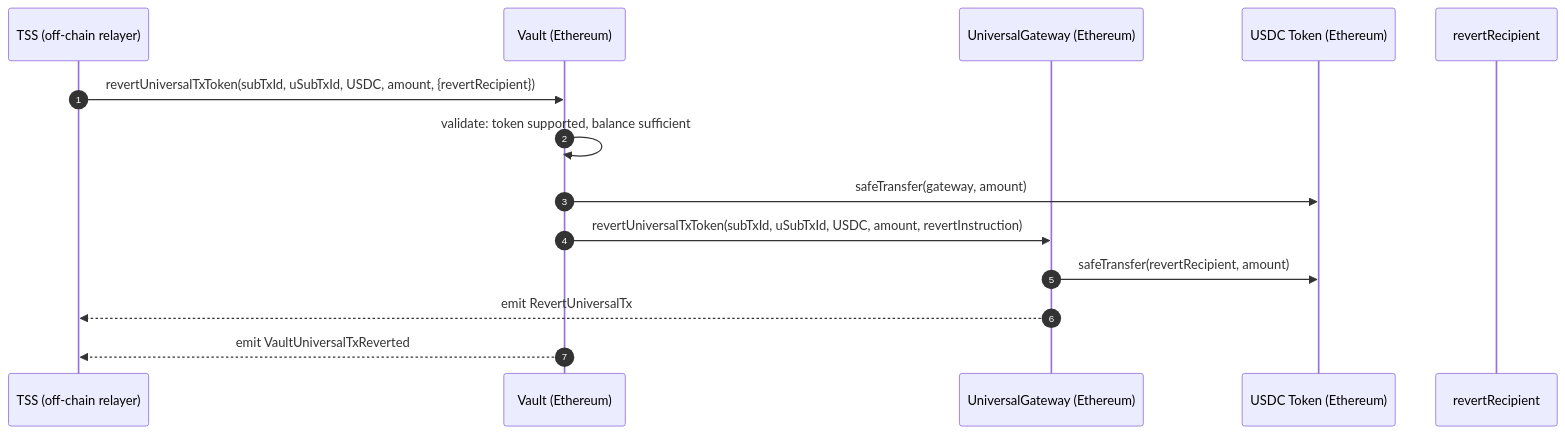
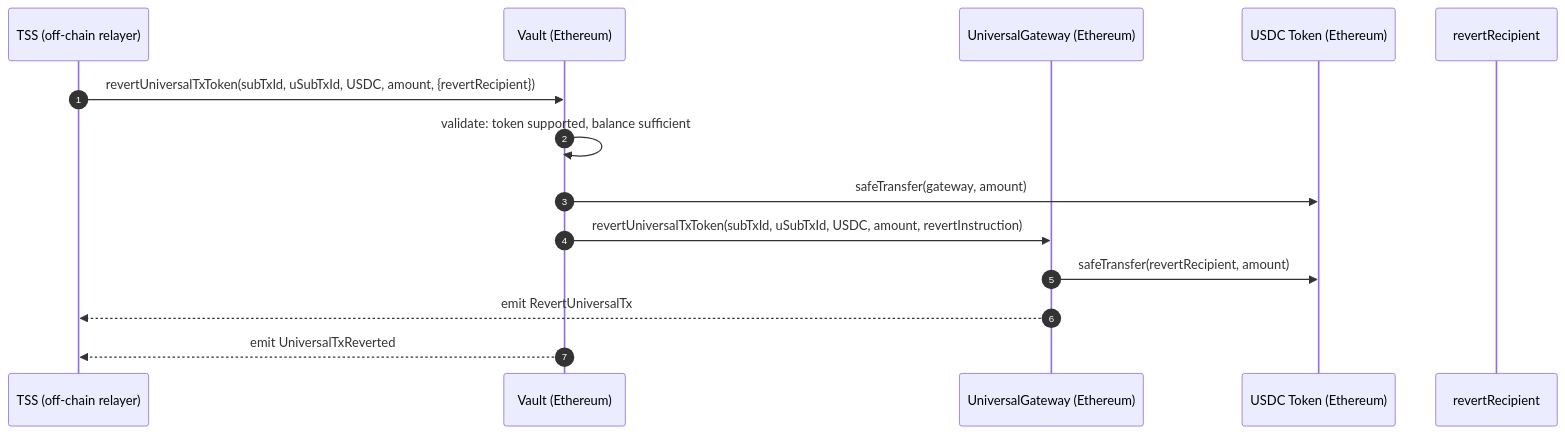
One commit to pushchain/push-chain-gateway-contracts changed diagram 11 of 13 in contracts/evm-gateway/docs/4_OutboundTx_Flows.md. Above: the diagram before and after it, drawn with Mermaid. The commit also changed other lines of this file and 6 other files, not shown here.

````diff
--- a/contracts/evm-gateway/docs/4_OutboundTx_Flows.md
+++ b/contracts/evm-gateway/docs/4_OutboundTx_Flows.md
@@ -894,17 +894,17 @@
 ```mermaid
 sequenceDiagram
     autonumber
     participant TSS as TSS (off-chain relayer)
     participant V as Vault (Ethereum)
     participant GW as UniversalGateway (Ethereum)
     participant USDC as USDC Token (Ethereum)
     participant R as revertRecipient
 
     TSS->>V: revertUniversalTxToken(subTxId, uSubTxId, USDC, amount, {revertRecipient})
     V->>V: validate: token supported, balance sufficient
     V->>USDC: safeTransfer(gateway, amount)
     V->>GW: revertUniversalTxToken(subTxId, uSubTxId, USDC, amount, revertInstruction)
     GW->>USDC: safeTransfer(revertRecipient, amount)
     GW-->>TSS: emit RevertUniversalTx
-    V-->>TSS: emit VaultUniversalTxReverted
+    V-->>TSS: emit UniversalTxReverted
 ```
````
